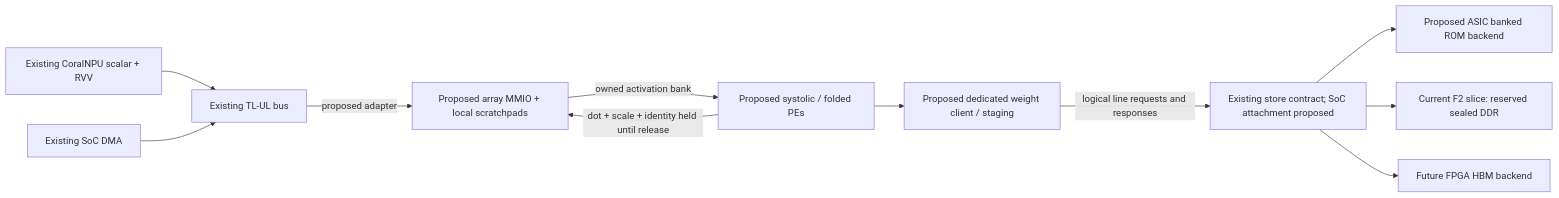
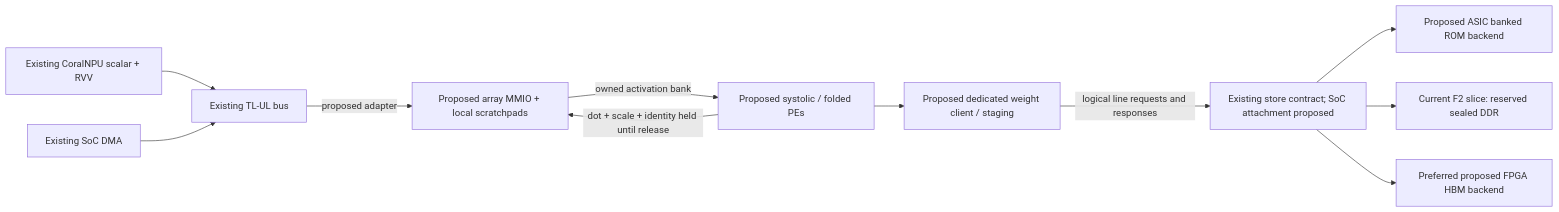
The diagram in doc/microarch/ternary-systolic-array.md (Ergodex-Core/bonsai_on_chip), drawn with Mermaid before and after one commit. The commit also changed other lines of this file and 3 other files, not shown here.

Commit message:
docs: prefer sealed HBM as the FPGA ROM-equivalent backend

````diff
--- a/doc/microarch/ternary-systolic-array.md
+++ b/doc/microarch/ternary-systolic-array.md
@@ -43,13 +47,13 @@
 ```mermaid
 flowchart LR
   CORE[Existing CoralNPU scalar + RVV] --> TL[Existing TL-UL bus]
   DMA[Existing SoC DMA] --> TL
   TL -->|proposed adapter| CTRL[Proposed array MMIO + local scratchpads]
   CTRL -->|owned activation bank| ARRAY[Proposed systolic / folded PEs]
   ARRAY -->|dot + scale + identity held until release| CTRL
   ARRAY --> CLIENT[Proposed dedicated weight client / staging]
   CLIENT -->|logical line requests and responses| STORE[Existing store contract; SoC attachment proposed]
   STORE --> ROM[Proposed ASIC banked ROM backend]
   STORE --> DDR[Current F2 slice: reserved sealed DDR]
-  STORE --> HBM[Future FPGA HBM backend]
+  STORE --> HBM[Preferred proposed FPGA HBM backend]
 ```
````
